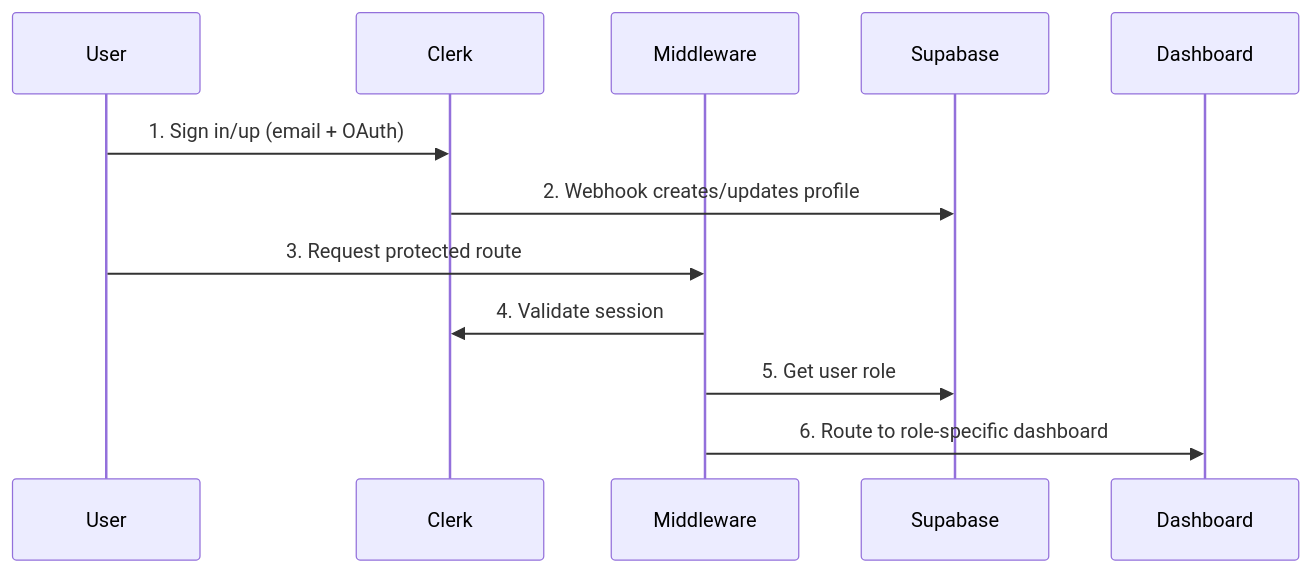
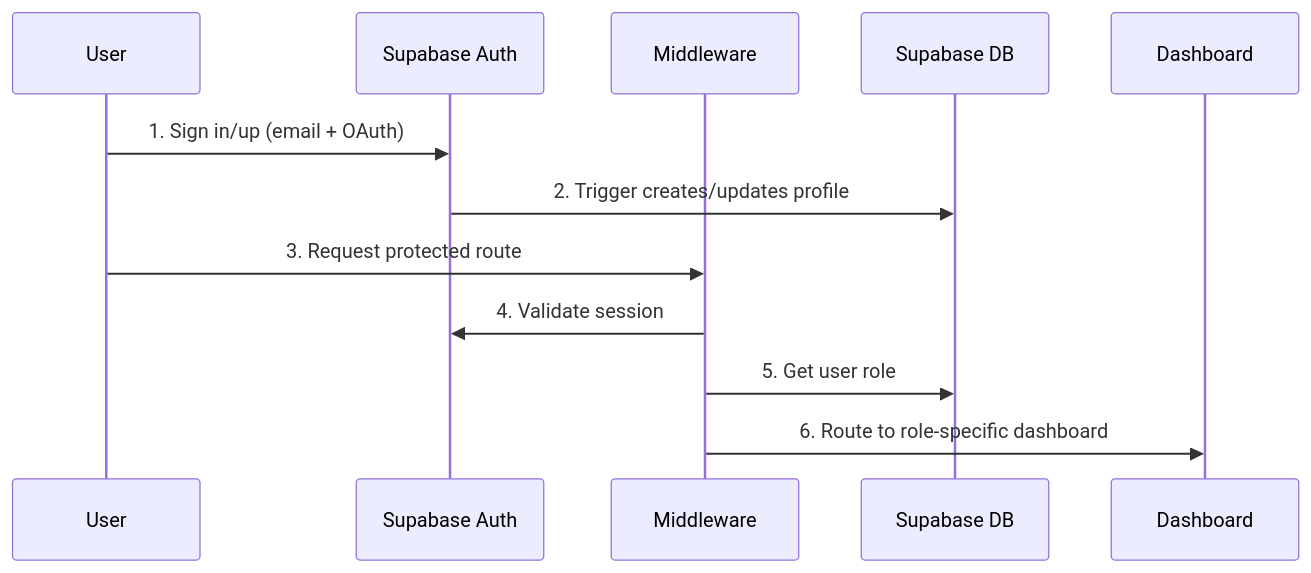
One commit to alex-partheon/Voosting_NEXT changed the second of 3 diagrams in CLAUDE.md. Above: the diagram before and after it, drawn with Mermaid. The commit also changed other lines of this file and 244 other files, not shown here.

````diff
--- a/CLAUDE.md
+++ b/CLAUDE.md
@@ -302,15 +302,15 @@
 ```mermaid
 sequenceDiagram
     participant User
-    participant Clerk
+    participant Supabase Auth
     participant Middleware
-    participant Supabase
+    participant Supabase DB
     participant Dashboard
 
-    User->>Clerk: 1. Sign in/up (email + OAuth)
-    Clerk->>Supabase: 2. Webhook creates/updates profile
+    User->>Supabase Auth: 1. Sign in/up (email + OAuth)
+    Supabase Auth->>Supabase DB: 2. Trigger creates/updates profile
     User->>Middleware: 3. Request protected route
-    Middleware->>Clerk: 4. Validate session
-    Middleware->>Supabase: 5. Get user role
+    Middleware->>Supabase Auth: 4. Validate session
+    Middleware->>Supabase DB: 5. Get user role
     Middleware->>Dashboard: 6. Route to role-specific dashboard
 ```
````
